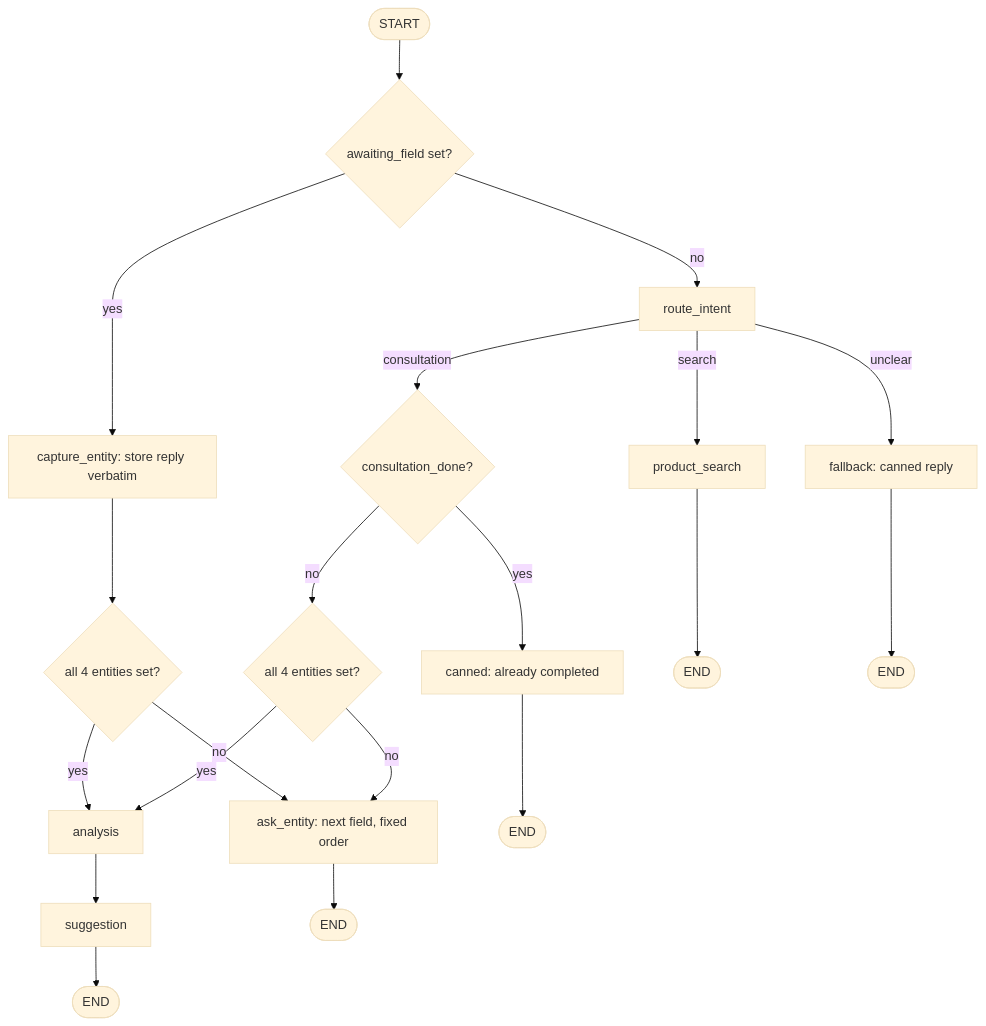
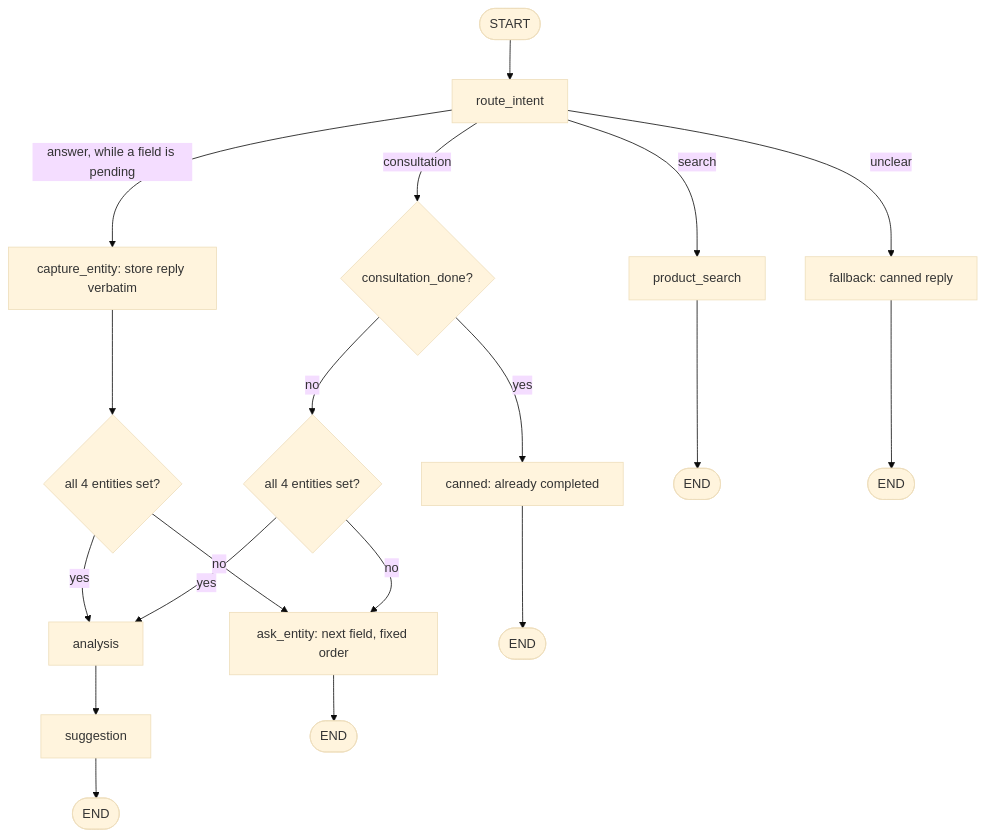
The diagram in docs/ARCHITECTURE_SCRIPTED.md (MKousheshi/parstech-interview-task), drawn with Mermaid (base theme) before and after one commit. The commit also changed other lines of this file and 13 other files, not shown here.

````diff
--- a/docs/ARCHITECTURE_SCRIPTED.md
+++ b/docs/ARCHITECTURE_SCRIPTED.md
@@ -84,22 +84,21 @@
 ```mermaid
 flowchart TD
-    START([START]) --> pending{awaiting_field set?}
-    pending -->|yes| capture[capture_entity: store reply verbatim]
+    START([START]) --> route[route_intent]
+    route -->|answer, while a field is pending| capture[capture_entity: store reply verbatim]
     capture --> gate1{all 4 entities set?}
     gate1 -->|no| ask[ask_entity: next field, fixed order]
     gate1 -->|yes| analysis[analysis]
     analysis --> suggestion[suggestion]
-    pending -->|no| route[route_intent]
     route -->|search| psearch[product_search]
     route -->|unclear| fallback[fallback: canned reply]
     route -->|consultation| gate2{consultation_done?}
     gate2 -->|yes| idle_reply[canned: already completed]
     gate2 -->|no| gate3{all 4 entities set?}
     gate3 -->|no| ask
     gate3 -->|yes| analysis
     ask --> ENDa([END])
     psearch --> ENDb([END])
     fallback --> ENDc([END])
     idle_reply --> ENDd([END])
     suggestion --> ENDe([END])
 ```
````
